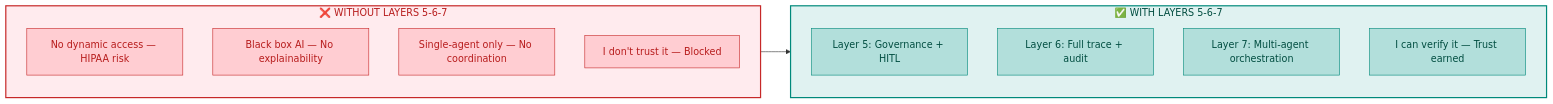
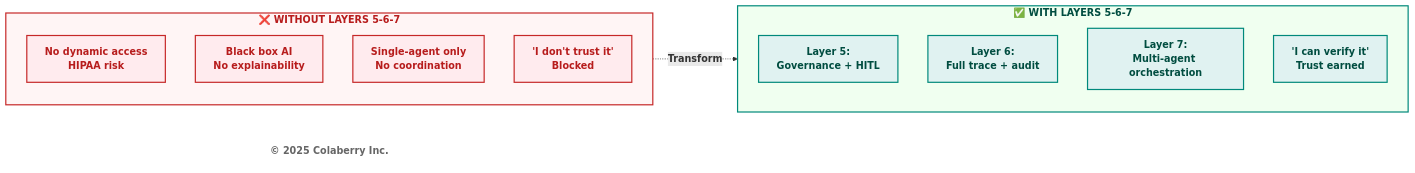
The first of 14 diagrams in manuscript/chapter_6_transparency_orchestration_layers_v1_9.md (saitejesh-cyber/trust-before-intelligence-book), drawn with Mermaid before and after one commit. The commit also changed other lines of this file and 52 other files, not shown here.

````diff
--- a/manuscript/chapter_6_transparency_orchestration_layers_v1_9.md
+++ b/manuscript/chapter_6_transparency_orchestration_layers_v1_9.md
@@ -15,29 +15,32 @@
 ```mermaid
-graph LR
-    subgraph BEFORE["❌ WITHOUT LAYERS 5-6-7"]
-        B1["No dynamic access — HIPAA risk"]
-        B2["Black box AI — No explainability"]
-        B3["Single-agent only — No coordination"]
-        B4["I don't trust it — Blocked"]
+flowchart LR
+    subgraph WITHOUT["<b>❌ WITHOUT LAYERS 5-6-7</b>"]
+        W1["<b>No dynamic access</b><br/><b>HIPAA risk</b>"]
+        W2["<b>Black box AI</b><br/><b>No explainability</b>"]
+        W3["<b>Single-agent only</b><br/><b>No coordination</b>"]
+        W4["<b>'I don't trust it'</b><br/><b>Blocked</b>"]
     end
-    
-    subgraph AFTER["✅ WITH LAYERS 5-6-7"]
-        A1["Layer 5: Governance + HITL"]
-        A2["Layer 6: Full trace + audit"]
-        A3["Layer 7: Multi-agent orchestration"]
-        A4["I can verify it — Trust earned"]
+
+    subgraph WITH["<b>✅ WITH LAYERS 5-6-7</b>"]
+        L5["<b>Layer 5:</b><br/><b>Governance + HITL</b>"]
+        L6["<b>Layer 6:</b><br/><b>Full trace + audit</b>"]
+        L7["<b>Layer 7:</b><br/><b>Multi-agent orchestration</b>"]
+        T["<b>'I can verify it'</b><br/><b>Trust earned</b>"]
     end
-    
-    BEFORE --> AFTER
-    
-    style BEFORE fill:#ffebee,stroke:#c62828,stroke-width:2px,color:#b71c1c
-    style AFTER fill:#e0f2f1,stroke:#00897b,stroke-width:2px,color:#004d40
-    style B1 fill:#ffcdd2,stroke:#c62828,color:#b71c1c
-    style B2 fill:#ffcdd2,stroke:#c62828,color:#b71c1c
-    style B3 fill:#ffcdd2,stroke:#c62828,color:#b71c1c
-    style B4 fill:#ffcdd2,stroke:#c62828,color:#b71c1c
-    style A1 fill:#b2dfdb,stroke:#00897b,color:#004d40
-    style A2 fill:#b2dfdb,stroke:#00897b,color:#004d40
-    style A3 fill:#b2dfdb,stroke:#00897b,color:#004d40
-    style A4 fill:#b2dfdb,stroke:#00897b,color:#004d40
+
+    Copyright["<b>© 2025 Colaberry Inc.</b>"]
+
+    WITHOUT -.->|"<b>Transform</b>"| WITH
+
+    style WITHOUT fill:#fff5f5,stroke:#c62828,stroke-width:2px,color:#b71c1c
+    style W1 fill:#ffebee,stroke:#c62828,stroke-width:2px,color:#b71c1c
+    style W2 fill:#ffebee,stroke:#c62828,stroke-width:2px,color:#b71c1c
+    style W3 fill:#ffebee,stroke:#c62828,stroke-width:2px,color:#b71c1c
+    style W4 fill:#ffebee,stroke:#c62828,stroke-width:2px,color:#b71c1c
+    style WITH fill:#f0fff0,stroke:#00897b,stroke-width:2px,color:#004d40
+    style L5 fill:#e0f2f1,stroke:#00897b,stroke-width:2px,color:#004d40
+    style L6 fill:#e0f2f1,stroke:#00897b,stroke-width:2px,color:#004d40
+    style L7 fill:#e0f2f1,stroke:#00897b,stroke-width:2px,color:#004d40
+    style T fill:#e0f2f1,stroke:#00897b,stroke-width:2px,color:#004d40
+    style Copyright fill:#ffffff,stroke:none,color:#666666
 ```
````
